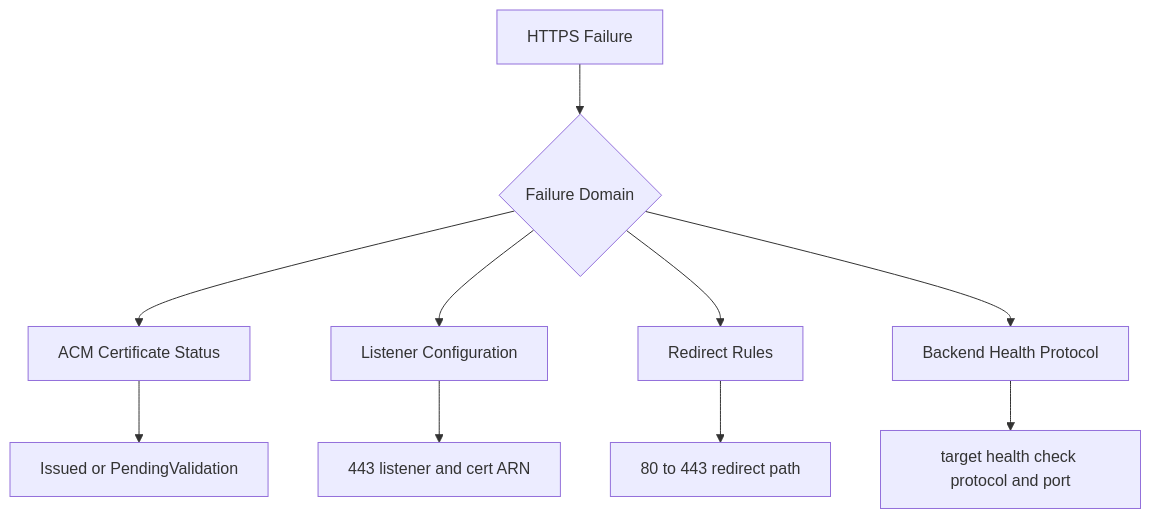
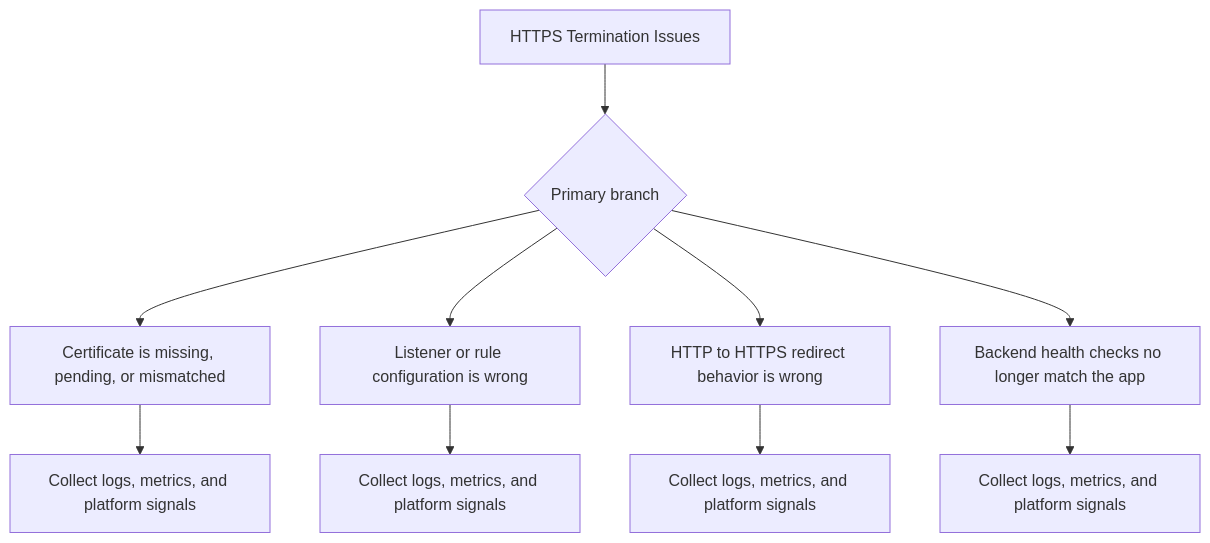
One commit to yeongseon/aws-elastic-beanstalk-practical-guide changed the first of 2 diagrams in docs/troubleshooting/playbooks/networking/https-termination-issues.md. Above: the diagram before and after it, drawn with Mermaid. The commit also changed other lines of this file and 223 other files, not shown here.

````diff
--- a/docs/troubleshooting/playbooks/networking/https-termination-issues.md
+++ b/docs/troubleshooting/playbooks/networking/https-termination-issues.md
@@ -12,12 +6,12 @@
 ```mermaid
 flowchart TD
-    A[HTTPS Failure] --> B{Failure Domain}
-    B --> C[ACM Certificate Status]
-    B --> D[Listener Configuration]
-    B --> E[Redirect Rules]
-    B --> F[Backend Health Protocol]
-    C --> G[Issued or PendingValidation]
-    D --> H[443 listener and cert ARN]
-    E --> I[80 to 443 redirect path]
-    F --> J[target health check protocol and port]
+    A[HTTPS Termination Issues] --> B{Primary branch}
+    B --> C1[Certificate is missing, pending, or mismatched]
+    C1 --> D1[Collect logs, metrics, and platform signals]
+    B --> C2[Listener or rule configuration is wrong]
+    C2 --> D2[Collect logs, metrics, and platform signals]
+    B --> C3[HTTP to HTTPS redirect behavior is wrong]
+    C3 --> D3[Collect logs, metrics, and platform signals]
+    B --> C4[Backend health checks no longer match the app]
+    C4 --> D4[Collect logs, metrics, and platform signals]
 ```
````
